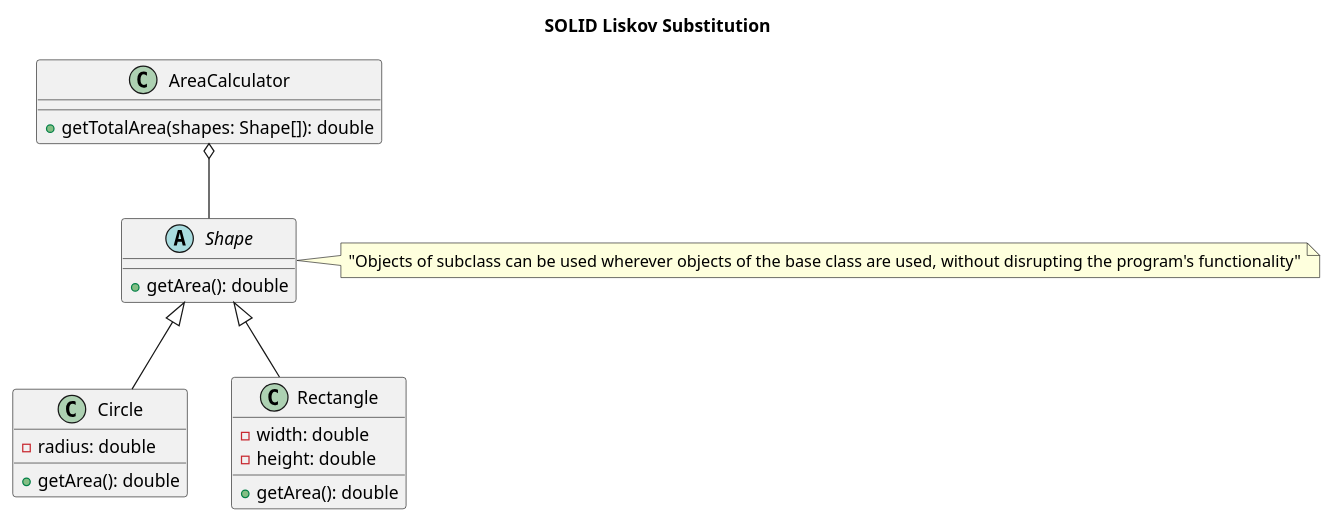
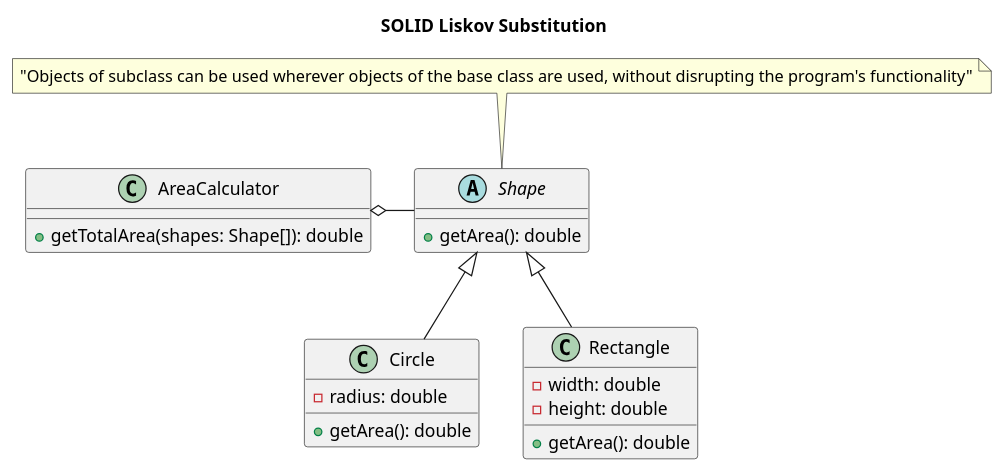
Before and after one commit to FedorIzvekov/uml: the diagram in uml/Solid/LiskovSubstitution.puml, drawn with PlantUML. The commit also changed 3 other files, not shown here.

Commit message:
ref uml schemas SOLID

```diff
--- a/uml/Solid/LiskovSubstitution.puml
+++ b/uml/Solid/LiskovSubstitution.puml
@@ -1,33 +1,30 @@
 @startuml
 
 title SOLID Liskov Substitution
 
 abstract class Shape {
   +getArea(): double
 }
 
-class Circle {
+class Circle extends Shape{
   -radius: double
   +getArea(): double
 }
 
-class Rectangle {
+class Rectangle extends Shape{
   -width: double
   -height: double
   +getArea(): double
 }
 
 class AreaCalculator {
   +getTotalArea(shapes: Shape[]): double
 }
 
-Shape <|-- Circle
-Shape <|-- Rectangle
+AreaCalculator o-right- Shape
 
-AreaCalculator o-- Shape
-
-note right of Shape
+note top of Shape
   "Objects of subclass can be used wherever objects of the base class are used, without disrupting the program's functionality"
 end note
 
 @enduml
```
